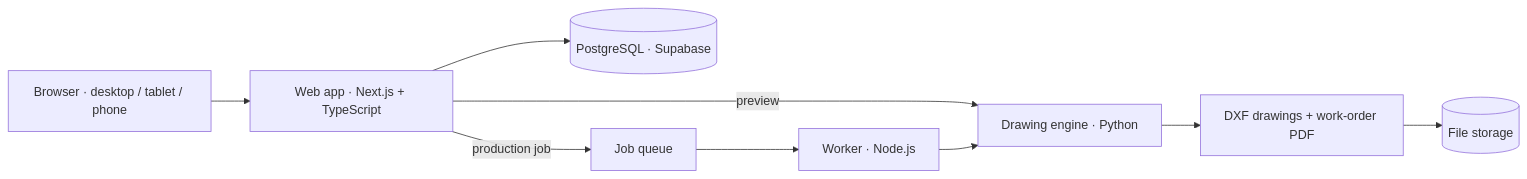
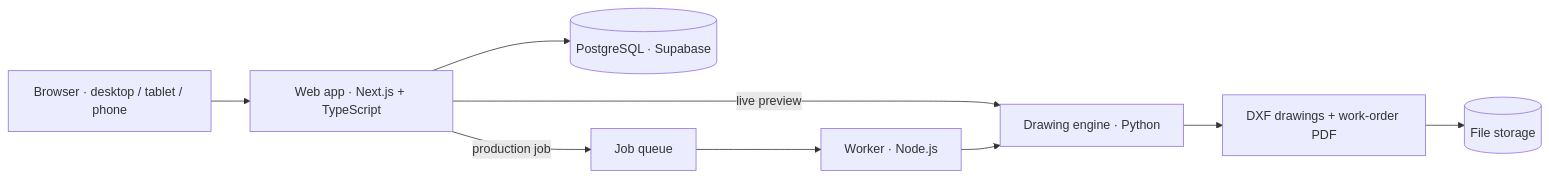
One commit to omerarkbua01/Miraxos changed the diagram in README.md. Above: the diagram before and after it, drawn with Mermaid. The commit also changed other lines of this file and 3 other files, not shown here.

````diff
--- a/README.md
+++ b/README.md
@@ -75,11 +95,11 @@
 ```mermaid
 flowchart LR
     U[Browser · desktop / tablet / phone] --> W[Web app · Next.js + TypeScript]
     W --> DB[(PostgreSQL · Supabase)]
-    W -- preview --> E[Drawing engine · Python]
+    W -- live preview --> E[Drawing engine · Python]
     W -- production job --> Q[Job queue]
     Q --> K[Worker · Node.js]
     K --> E
     E --> F[DXF drawings + work-order PDF]
     F --> S[(File storage)]
 ```
````
